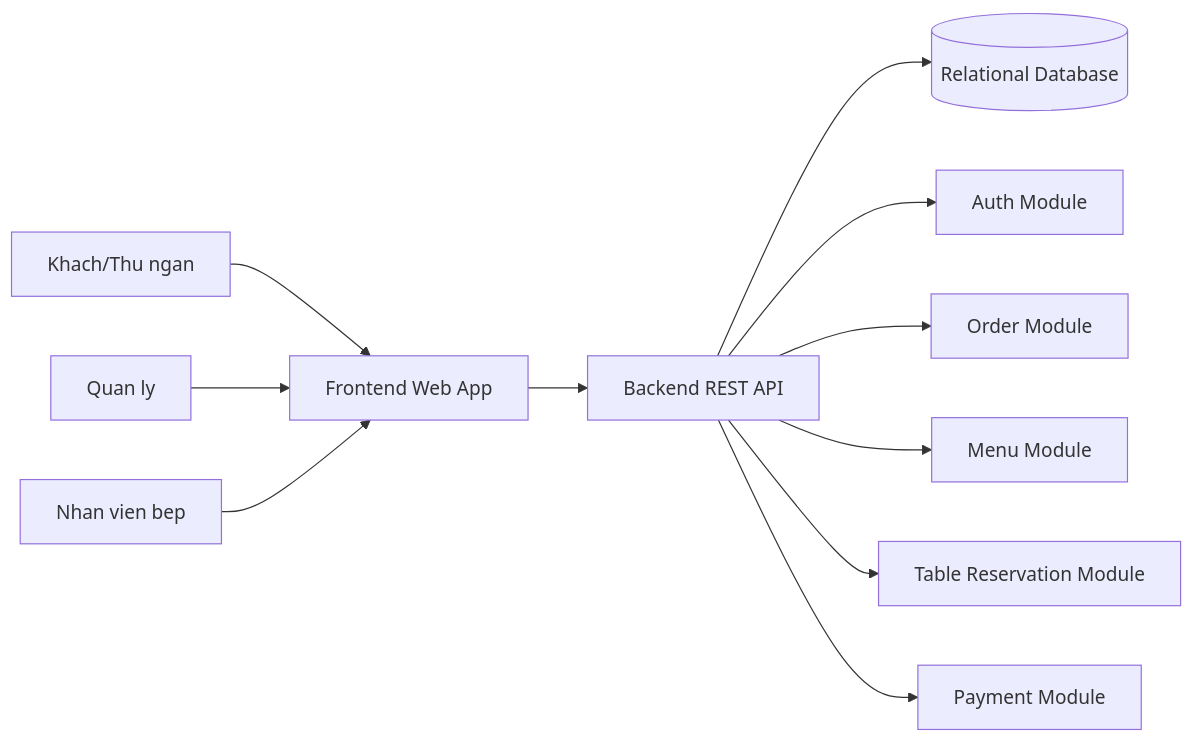
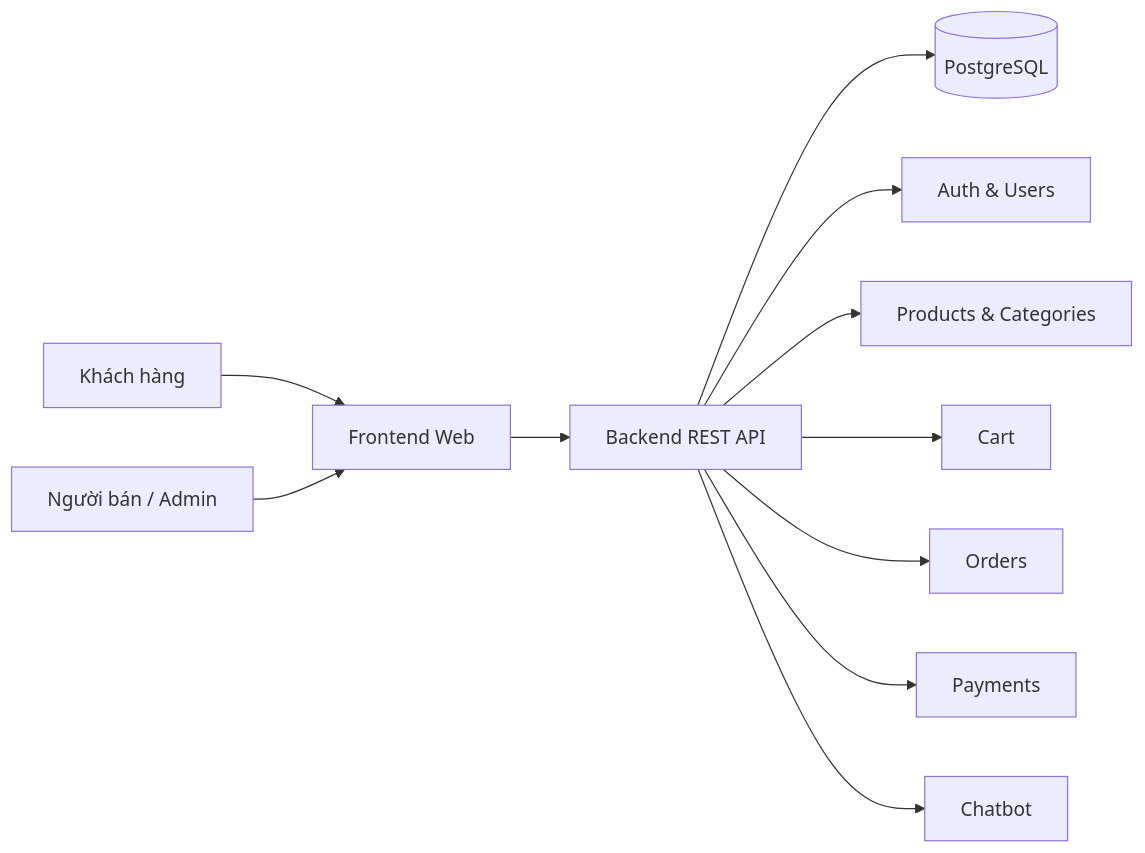
The diagram in docs/design/system-architecture.md (NhomChuyenDePhanMem/Project-ShopBotECommerce), drawn with Mermaid before and after one commit. The commit also changed other lines of this file and 137 other files, not shown here.

````diff
--- a/docs/design/system-architecture.md
+++ b/docs/design/system-architecture.md
@@ -22,15 +19,15 @@
 ```mermaid
 flowchart LR
-    A[Khach/Thu ngan] --> B[Frontend Web App]
-    C[Quan ly] --> B
-    D[Nhan vien bep] --> B
+    A[Khách hàng] --> B[Frontend Web]
+    C[Người bán / Admin] --> B
 
     B --> E[Backend REST API]
-    E --> F[(Relational Database)]
+    E --> F[(PostgreSQL)]
 
-    E --> G[Auth Module]
-    E --> H[Order Module]
-    E --> I[Menu Module]
-    E --> J[Table Reservation Module]
-    E --> K[Payment Module]
+    E --> G[Auth & Users]
+    E --> H[Products & Categories]
+    E --> I[Cart]
+    E --> J[Orders]
+    E --> K[Payments]
+    E --> L[Chatbot]
 ```
````
